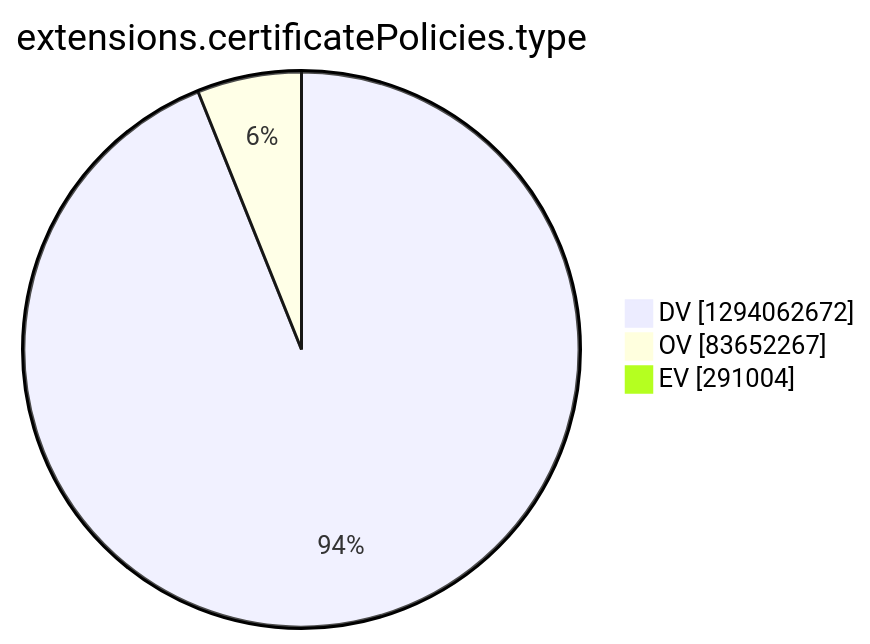
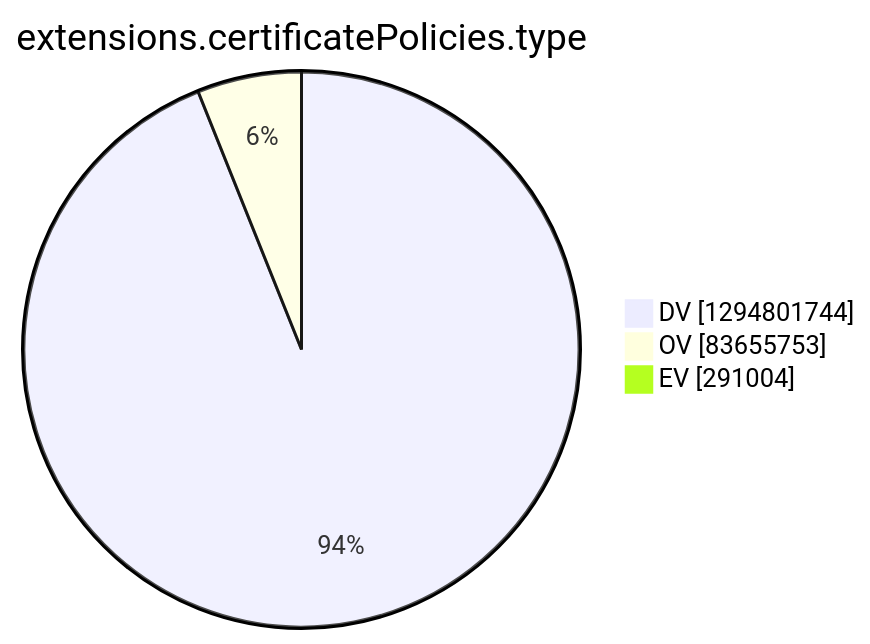
Before and after one commit to christiankrug/ctmonitor_visualization: the tenth of 15 diagrams in argon2022/README.md, drawn with Mermaid. The commit also changed other lines of this file, not shown here.

````diff
--- a/argon2022/README.md
+++ b/argon2022/README.md
@@ -2772,7 +2772,7 @@
 ```mermaid
 pie showData
 title extensions.certificatePolicies.type
-"DV" :1294062672
-"OV" :83652267
+"DV" :1294801744
+"OV" :83655753
 "EV" :291004
 ```
````
